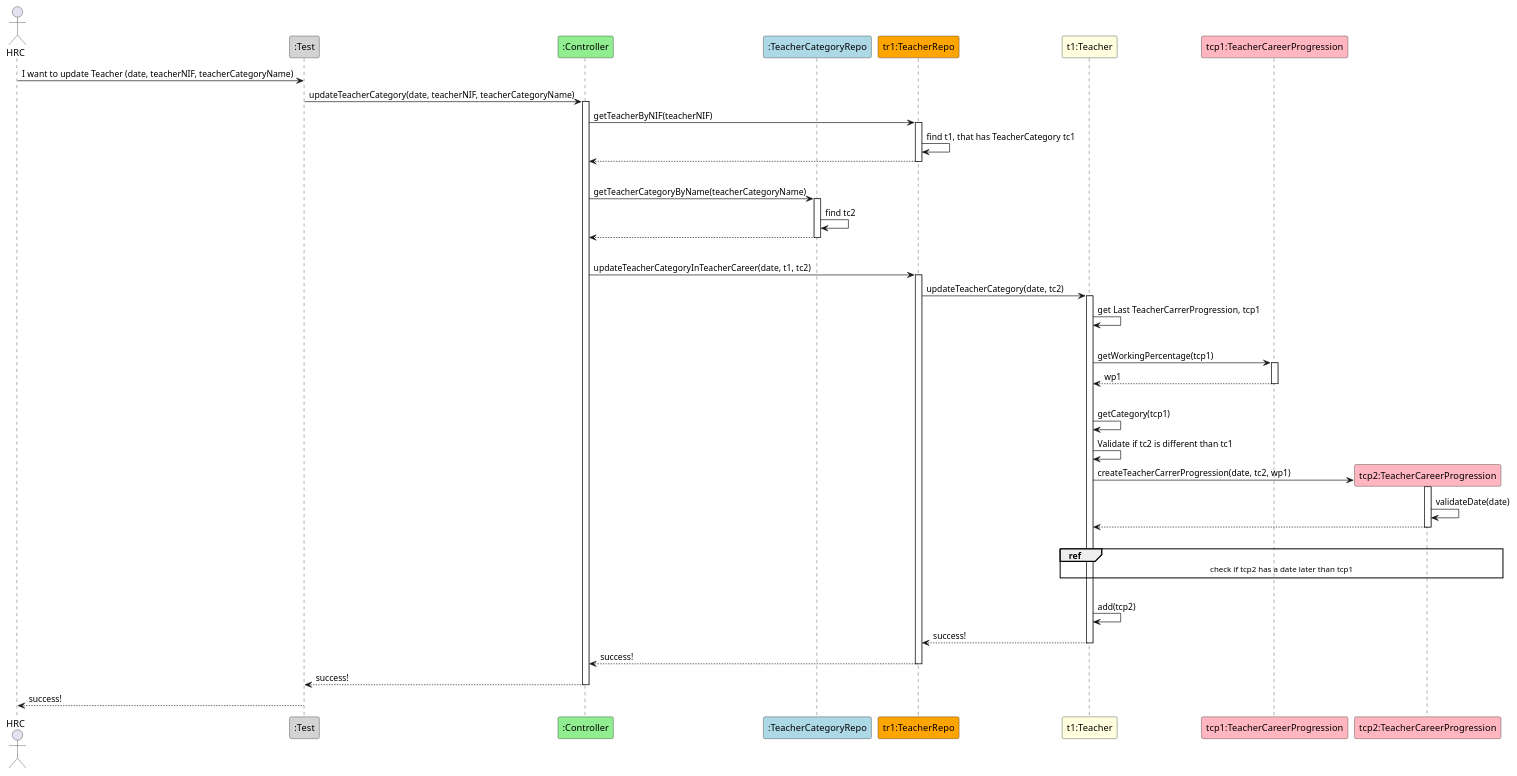
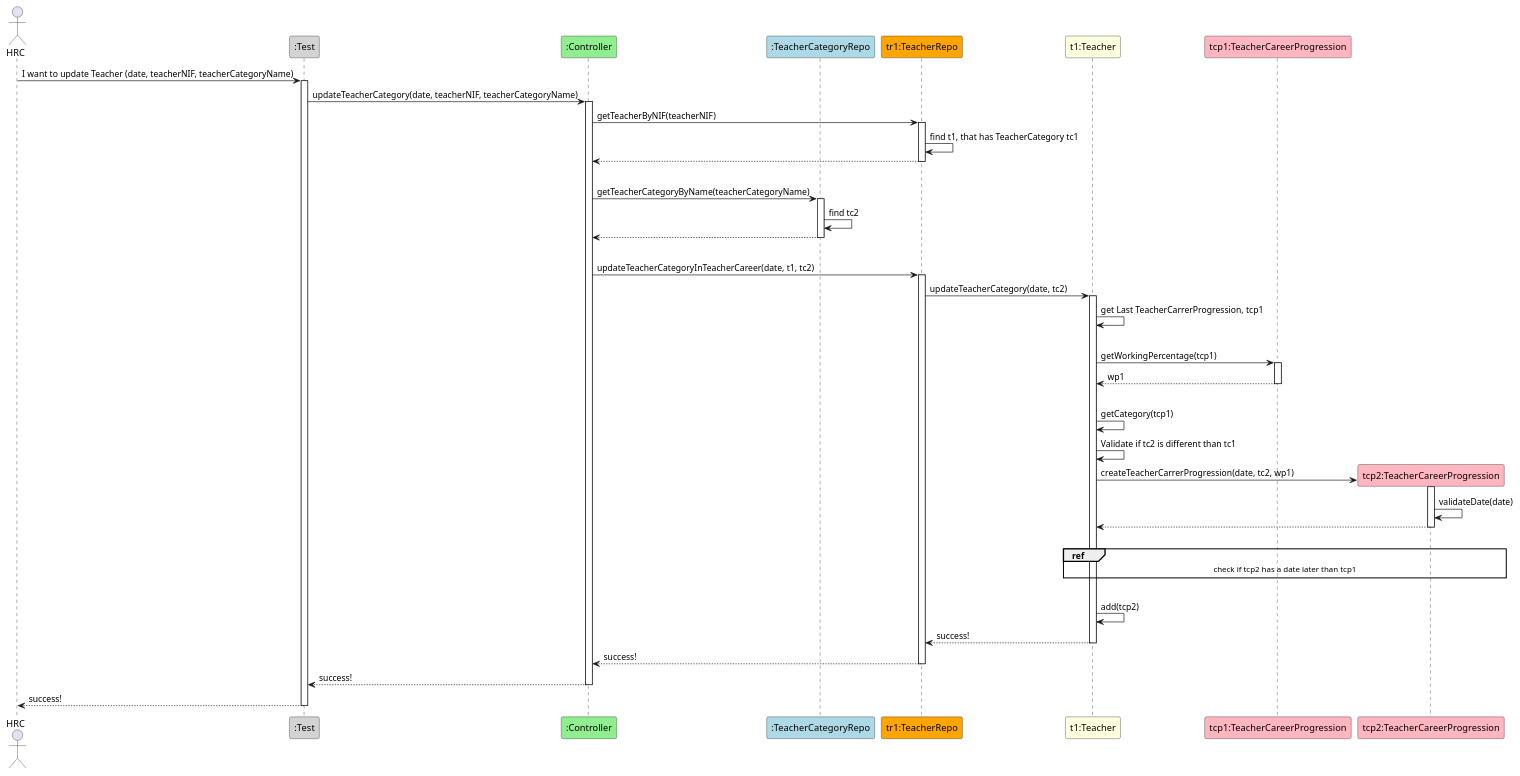
Before and after one commit to GasparISEP/DevOps-PAI: the diagram in docs/sequenceSystemDiagrams/US14/US14_UpdateTeachersCategoryInSystem.puml, drawn with PlantUML.

Commit message:
Added missing activation bar to test in US14 Sequence Diagram.

```diff
--- a/docs/sequenceSystemDiagrams/US14/US14_UpdateTeachersCategoryInSystem.puml
+++ b/docs/sequenceSystemDiagrams/US14/US14_UpdateTeachersCategoryInSystem.puml
@@ -1,59 +1,60 @@
 @startuml
 actor HRC
 participant ":Test" as TE #lightgrey
 participant ":Controller" as CTL #lightgreen
 participant ":TeacherCategoryRepo" as TCR #lightblue
 participant "tr1:TeacherRepo" as TR #orange
 participant "t1:Teacher" as T #lightyellow
 participant "tcp1:TeacherCareerProgression" as TCP #lightpink
 participant "tcp2:TeacherCareerProgression" as TCP2 #lightpink
 
 
 HRC -> TE: I want to update Teacher (date, teacherNIF, teacherCategoryName)
+activate TE
 TE -> CTL : updateTeacherCategory(date, teacherNIF, teacherCategoryName)
 activate CTL
 CTL -> TR: getTeacherByNIF(teacherNIF)
 activate TR
 TR -> TR : find t1, that has TeacherCategory tc1
 TR --> CTL
 deactivate TR
 |||
 CTL -> TCR: getTeacherCategoryByName(teacherCategoryName)
 activate TCR
 TCR -> TCR: find tc2
 TCR --> CTL
 deactivate TCR
 |||
 CTL -> TR: updateTeacherCategoryInTeacherCareer(date, t1, tc2)
 activate TR
 TR -> T: updateTeacherCategory(date, tc2)
 activate T
 T -> T: get Last TeacherCarrerProgression, tcp1
 |||
 T -> TCP : getWorkingPercentage(tcp1)
 activate TCP
 TCP --> T : wp1
 deactivate TCP
 |||
 T -> T: getCategory(tcp1)
 T -> T: Validate if tc2 is different than tc1
 T -> TCP2** : createTeacherCarrerProgression(date, tc2, wp1)
 activate TCP2
 TCP2 -> TCP2 : validateDate(date)
 TCP2 --> T
 deactivate TCP2
 |||
 ref over T, TCP2
     check if tcp2 has a date later than tcp1
 end ref
 |||
 T -> T : add(tcp2)
 T --> TR : success!
 deactivate T
 TR --> CTL : success!
 deactivate  TR
 CTL --> TE : success!
 deactivate CTL
 TE --> HRC : success!
 deactivate TE
 @enduml
```
